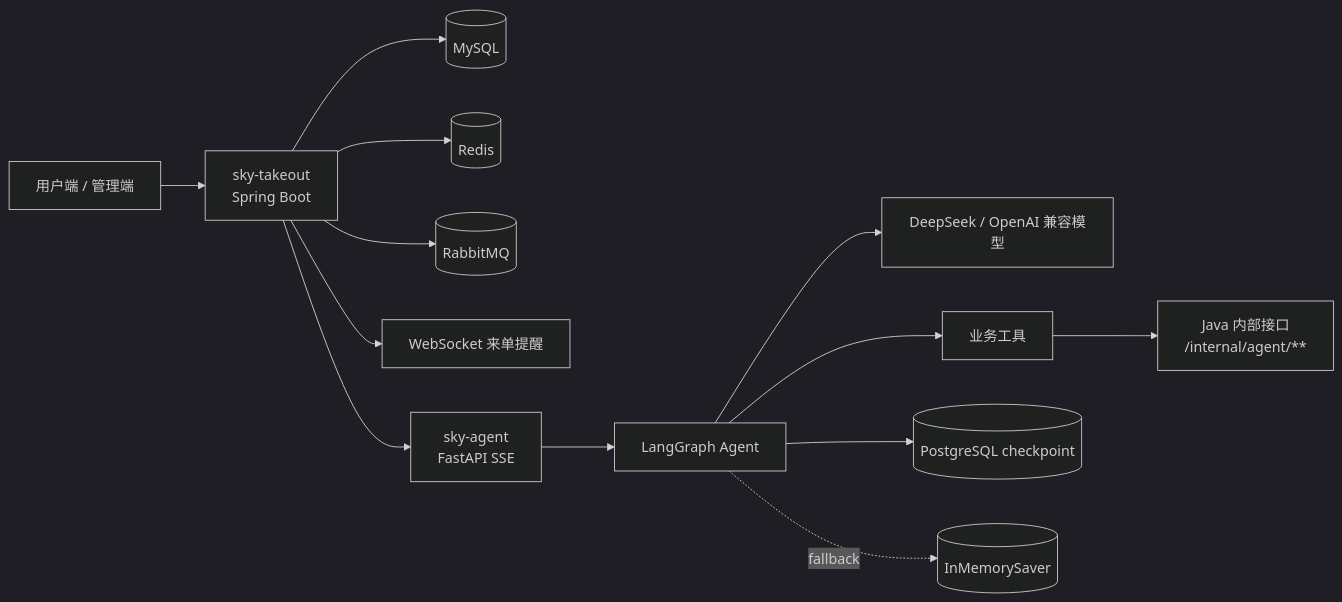
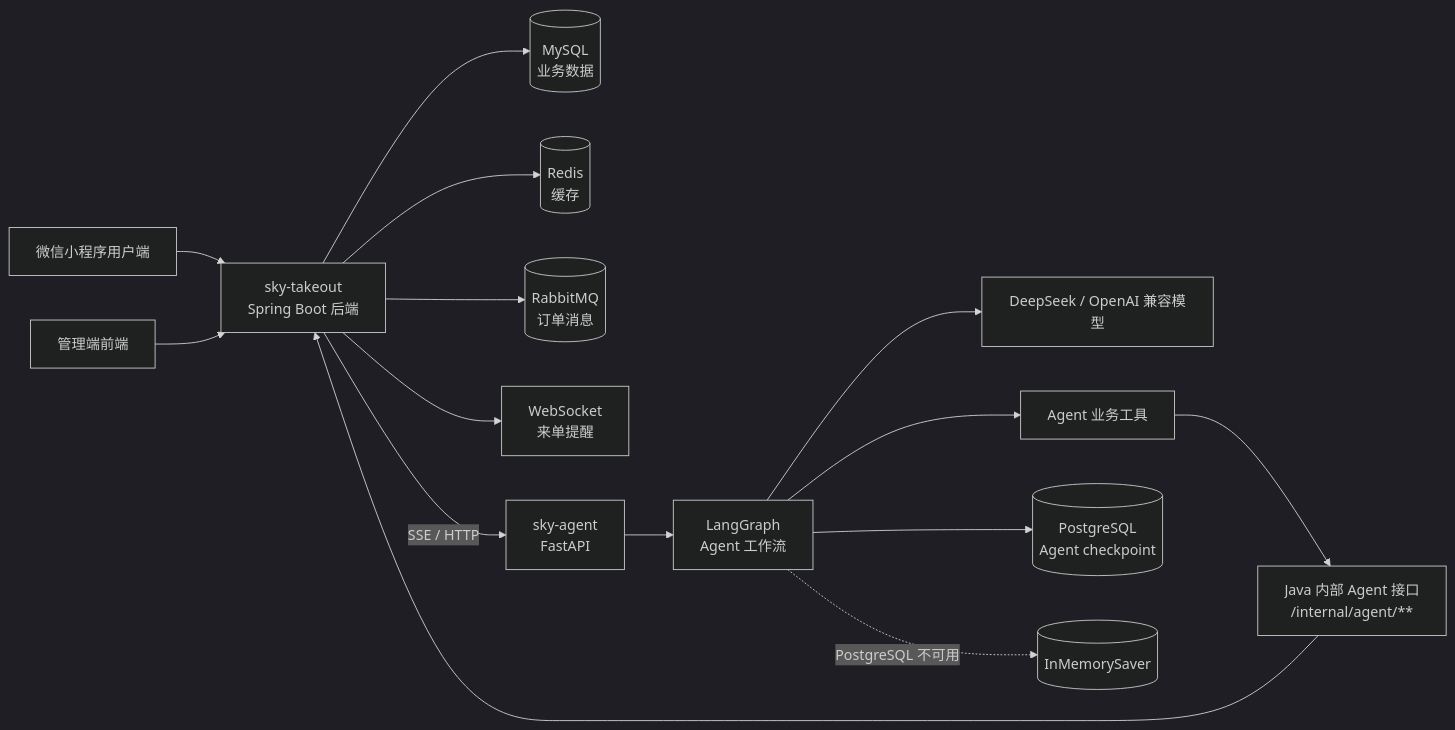
The diagram in README.md (Du20031030/DineFlow-AI), drawn with Mermaid (dark theme) before and after one commit. The commit also changed other lines of this file and 3 other files, not shown here.

````diff
--- a/README.md
+++ b/README.md
@@ -14,16 +28,20 @@
 ```mermaid
 flowchart LR
-    User[用户端 / 管理端] --> Java[sky-takeout<br/>Spring Boot]
-    Java --> MySQL[(MySQL)]
-    Java --> Redis[(Redis)]
-    Java --> RabbitMQ[(RabbitMQ)]
-    Java --> WebSocket[WebSocket 来单提醒]
+    User[微信小程序用户端] --> Java[sky-takeout<br/>Spring Boot 后端]
+    Admin[管理端前端] --> Java
 
-    Java --> AgentAPI[sky-agent<br/>FastAPI SSE]
-    AgentAPI --> Graph[LangGraph Agent]
+    Java --> MySQL[(MySQL<br/>业务数据)]
+    Java --> Redis[(Redis<br/>缓存)]
+    Java --> MQ[(RabbitMQ<br/>订单消息)]
+    Java --> WS[WebSocket<br/>来单提醒]
+
+    Java -->|SSE / HTTP| AgentAPI[sky-agent<br/>FastAPI]
+    AgentAPI --> Graph[LangGraph<br/>Agent 工作流]
     Graph --> LLM[DeepSeek / OpenAI 兼容模型]
-    Graph --> Tools[业务工具]
-    Tools --> JavaInternal[Java 内部接口<br/>/internal/agent/**]
-    Graph --> Postgres[(PostgreSQL checkpoint)]
-    Graph -. fallback .-> Memory[(InMemorySaver)]
+    Graph --> Tools[Agent 业务工具]
+    Tools --> InternalAPI[Java 内部 Agent 接口<br/>/internal/agent/**]
+    InternalAPI --> Java
+
+    Graph --> PG[(PostgreSQL<br/>Agent checkpoint)]
+    Graph -. PostgreSQL 不可用 .-> Memory[(InMemorySaver)]
 ```
````
